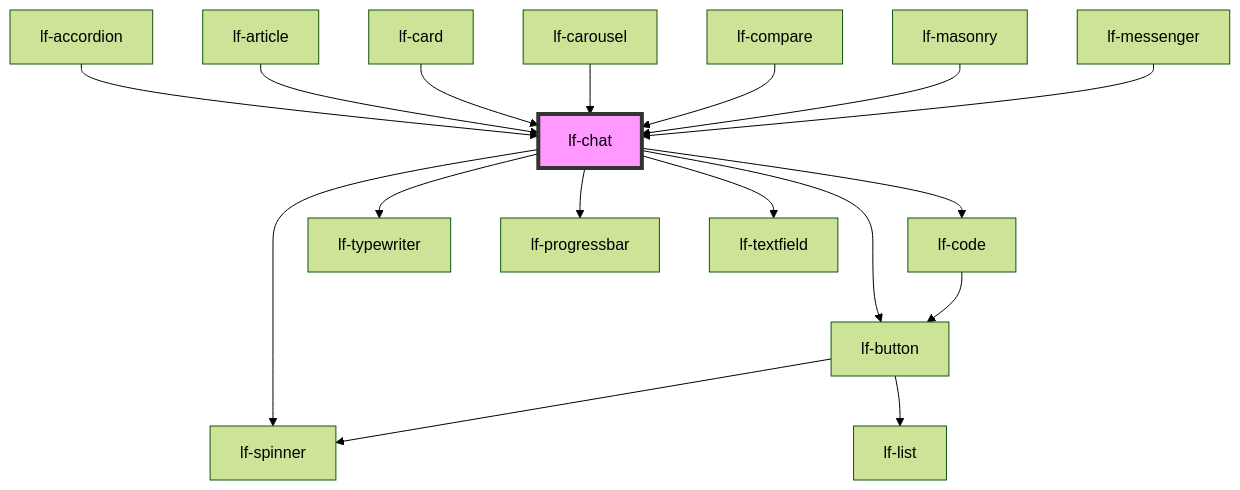
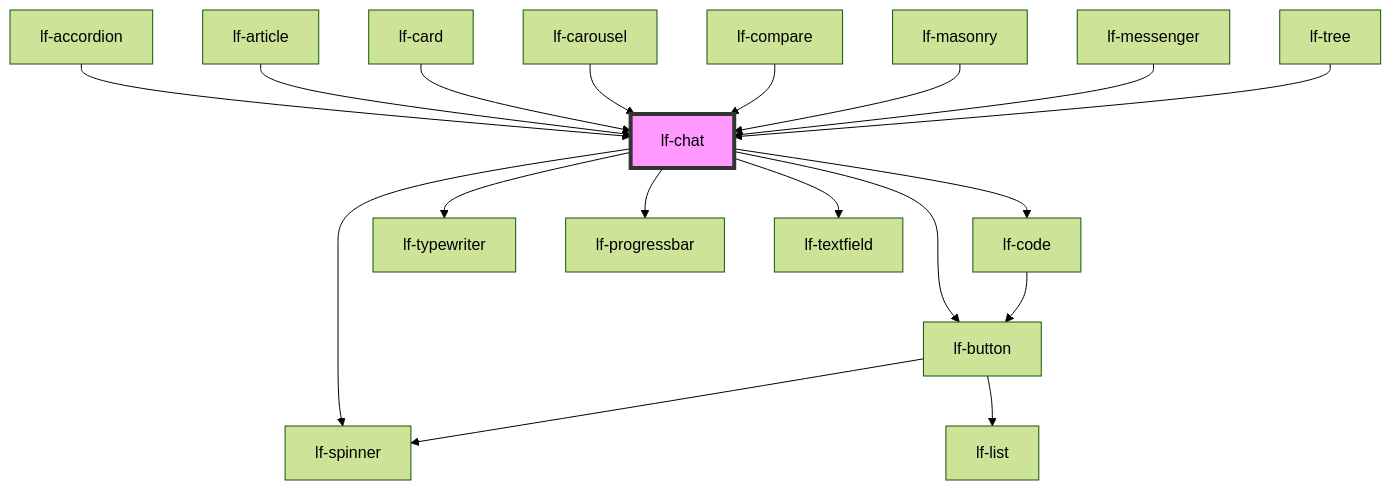
Before and after one commit to lucafoscili/lf-widgets: the diagram in packages/core/src/components/lf-chat/readme.md, drawn with Mermaid (forest theme). The commit also changed other lines of this file and 17 other files, not shown here.

````diff
--- a/packages/core/src/components/lf-chat/readme.md
+++ b/packages/core/src/components/lf-chat/readme.md
@@ -168,20 +169,21 @@
 ```mermaid
 graph TD;
   lf-chat --> lf-spinner
   lf-chat --> lf-code
   lf-chat --> lf-button
   lf-chat --> lf-typewriter
   lf-chat --> lf-progressbar
   lf-chat --> lf-textfield
   lf-code --> lf-button
   lf-button --> lf-list
   lf-button --> lf-spinner
   lf-accordion --> lf-chat
   lf-article --> lf-chat
   lf-card --> lf-chat
   lf-carousel --> lf-chat
   lf-compare --> lf-chat
   lf-masonry --> lf-chat
   lf-messenger --> lf-chat
+  lf-tree --> lf-chat
   style lf-chat fill:#f9f,stroke:#333,stroke-width:4px
 ```
````
